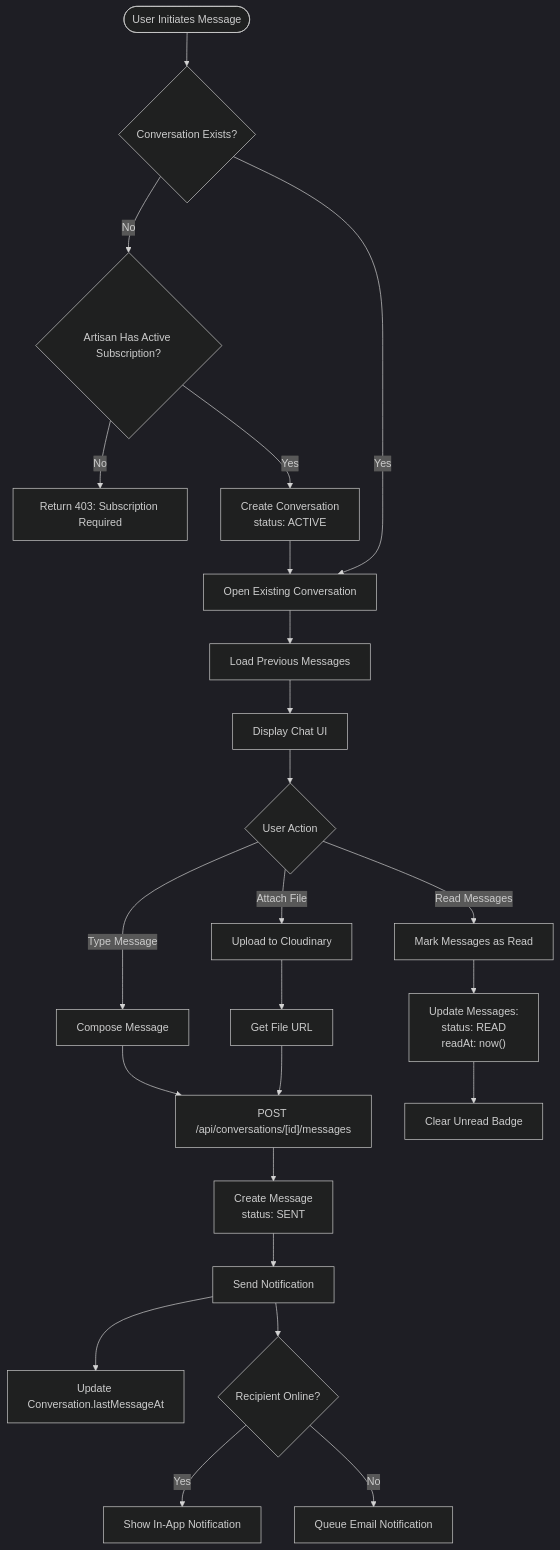
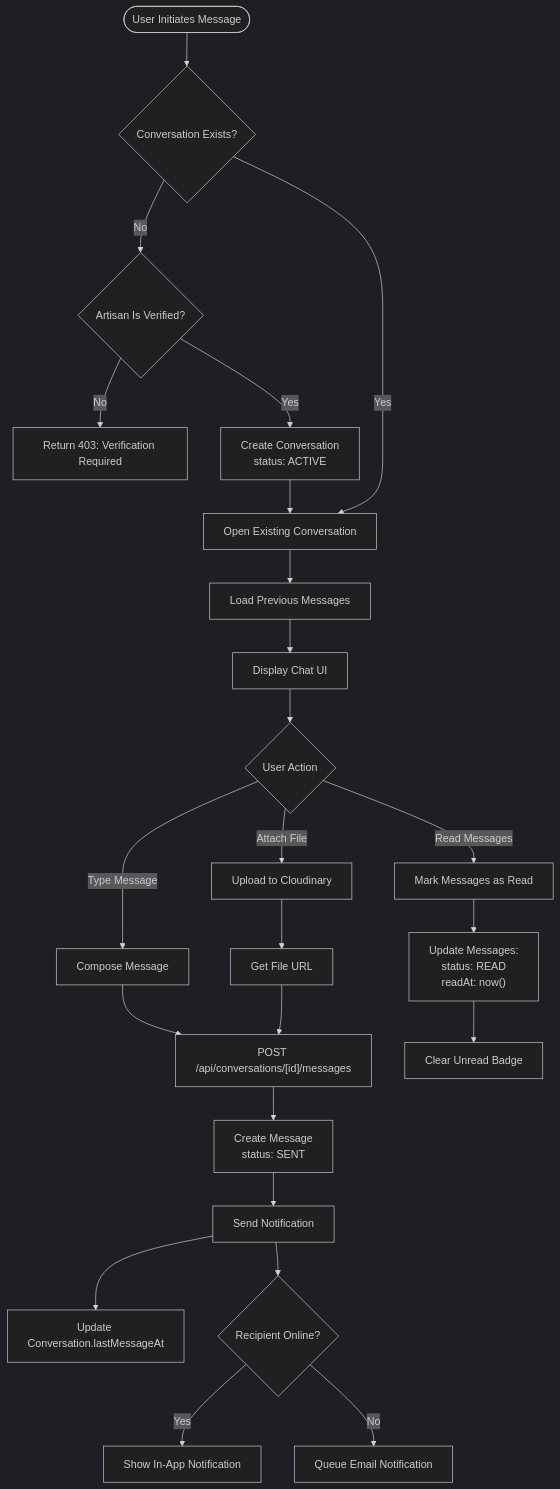
Before and after one commit to Mont3ll/ArtisanLink: diagram 13 of 15 in docs/FLOWCHARTS.md, drawn with Mermaid (dark theme). The commit also changed other lines of this file and 18 other files, not shown here.

````diff
--- a/docs/FLOWCHARTS.md
+++ b/docs/FLOWCHARTS.md
@@ -512,35 +512,35 @@
 ```mermaid
 flowchart TD
     Start([User Initiates Message]) --> CheckConversation{Conversation Exists?}
     
-    CheckConversation -->|No| CheckSubscription{Artisan Has Active Subscription?}
-    CheckSubscription -->|No| SubError[Return 403: Subscription Required]
-    CheckSubscription -->|Yes| CreateConversation["Create Conversation<br/>status: ACTIVE"]
+    CheckConversation -->|No| CheckVerified{Artisan Is Verified?}
+    CheckVerified -->|No| VerifyError[Return 403: Verification Required]
+    CheckVerified -->|Yes| CreateConversation["Create Conversation<br/>status: ACTIVE"]
     CheckConversation -->|Yes| OpenConversation[Open Existing Conversation]
     
     CreateConversation --> OpenConversation
     
     OpenConversation --> LoadMessages[Load Previous Messages]
     LoadMessages --> ShowChat[Display Chat UI]
     
     ShowChat --> UserAction{User Action}
     
     UserAction -->|Type Message| ComposeMessage[Compose Message]
     UserAction -->|Attach File| UploadFile[Upload to Cloudinary]
     UserAction -->|Read Messages| MarkRead[Mark Messages as Read]
     
     ComposeMessage --> SendMessage["POST /api/conversations/[id]/messages"]
     UploadFile --> AttachURL[Get File URL]
     AttachURL --> SendMessage
     
     SendMessage --> CreateMessage["Create Message<br/>status: SENT"]
     CreateMessage --> NotifyRecipient[Send Notification]
     NotifyRecipient --> UpdateLastMessage[Update Conversation.lastMessageAt]
     
     MarkRead --> UpdateStatus["Update Messages:<br/>status: READ<br/>readAt: now()"]
     UpdateStatus --> ClearUnread[Clear Unread Badge]
     
     NotifyRecipient --> RecipientView{Recipient Online?}
     RecipientView -->|Yes| ShowNotification[Show In-App Notification]
     RecipientView -->|No| QueueEmail[Queue Email Notification]
 ```
````
